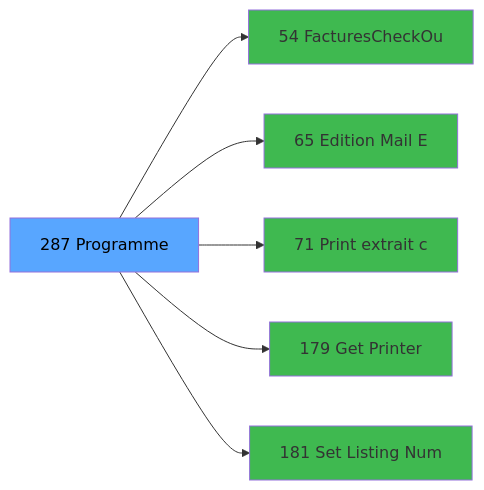
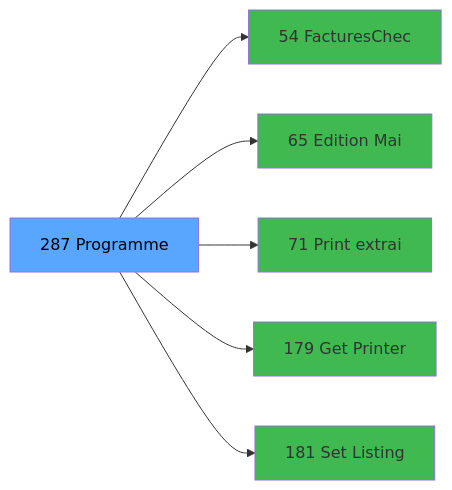
Before and after one commit to thonyAGP/magic-migration: the third of 3 diagrams in .openspec/specs/ADH-IDE-287.md, drawn with Mermaid. The commit also changed other lines of this file and 323 other files, not shown here.

````diff
--- a/.openspec/specs/ADH-IDE-287.md
+++ b/.openspec/specs/ADH-IDE-287.md
@@ -139,20 +164,20 @@
 ```mermaid
 graph LR
     T[287 Programme]
-    C54[54 FacturesCheckOu]
+    C54[54 FacturesChec]
     T --> C54
-    C65[65 Edition  Mail E]
+    C65[65 Edition  Mai]
     T --> C65
-    C71[71 Print extrait c]
+    C71[71 Print extrai]
     T --> C71
     C179[179 Get Printer]
     T --> C179
-    C181[181 Set Listing Num]
+    C181[181 Set Listing ]
     T --> C181
     style T fill:#58a6ff,color:#000
     style C54 fill:#3fb950
     style C65 fill:#3fb950
     style C71 fill:#3fb950
     style C179 fill:#3fb950
     style C181 fill:#3fb950
 ```
````
